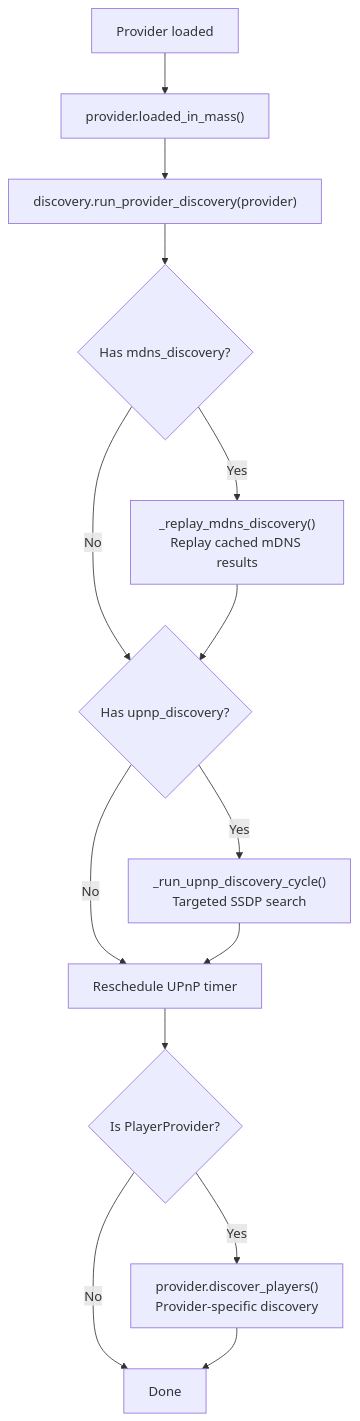
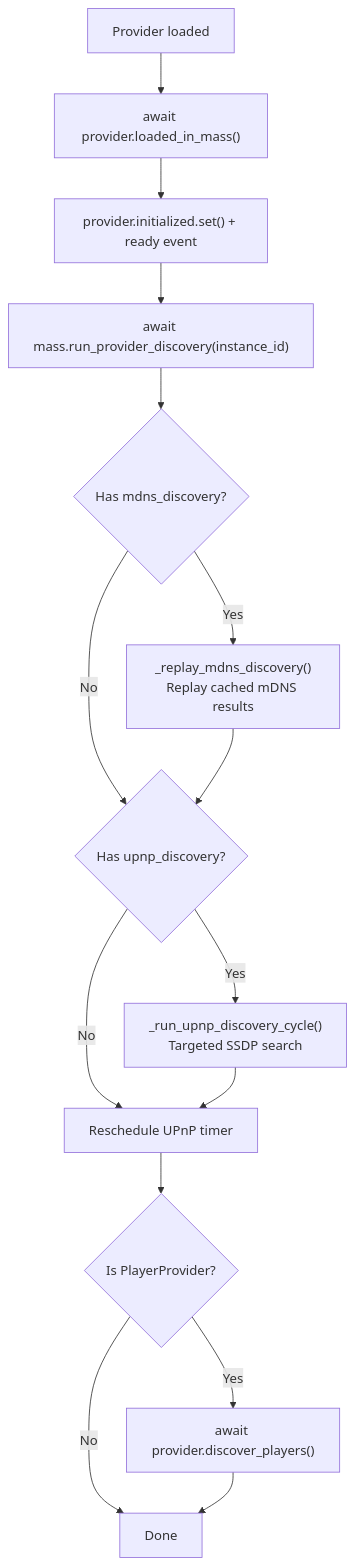
The third of 3 diagrams in docs/architecture/13-discovery.md (theturtle32/music-assistant-server), drawn with Mermaid before and after one commit. The commit also changed other lines of this file and 2 other files, not shown here.

First line of the commit message:
docs(architecture): event types, scope-based commands and the discovery matrix

````diff
--- a/docs/architecture/13-discovery.md
+++ b/docs/architecture/13-discovery.md
@@ -305,16 +361,17 @@
 ```mermaid
 flowchart TD
-    A["Provider loaded"] --> B["provider.loaded_in_mass()"]
-    B --> C["discovery.run_provider_discovery(provider)"]
+    A["Provider loaded"] --> B["await provider.loaded_in_mass()"]
+    B --> B2["provider.initialized.set() + ready event"]
+    B2 --> C["await mass.run_provider_discovery(instance_id)"]
     C --> D{"Has mdns_discovery?"}
     D -->|Yes| E["_replay_mdns_discovery()<br/>Replay cached mDNS results"]
     D -->|No| F{"Has upnp_discovery?"}
     E --> F
     F -->|Yes| G["_run_upnp_discovery_cycle()<br/>Targeted SSDP search"]
     F -->|No| H["Reschedule UPnP timer"]
     G --> H
     H --> I{"Is PlayerProvider?"}
-    I -->|Yes| J["provider.discover_players()<br/>Provider-specific discovery"]
+    I -->|Yes| J["await provider.discover_players()"]
     I -->|No| K["Done"]
     J --> K
 ```
````
